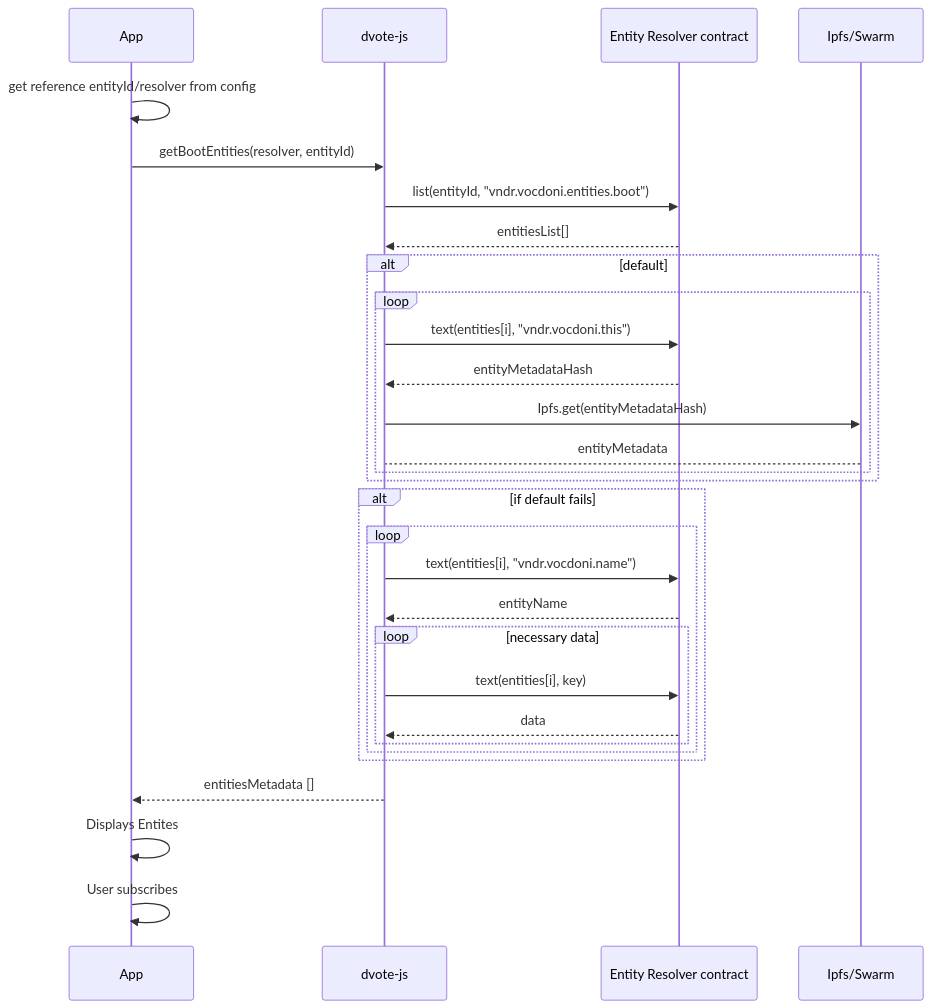
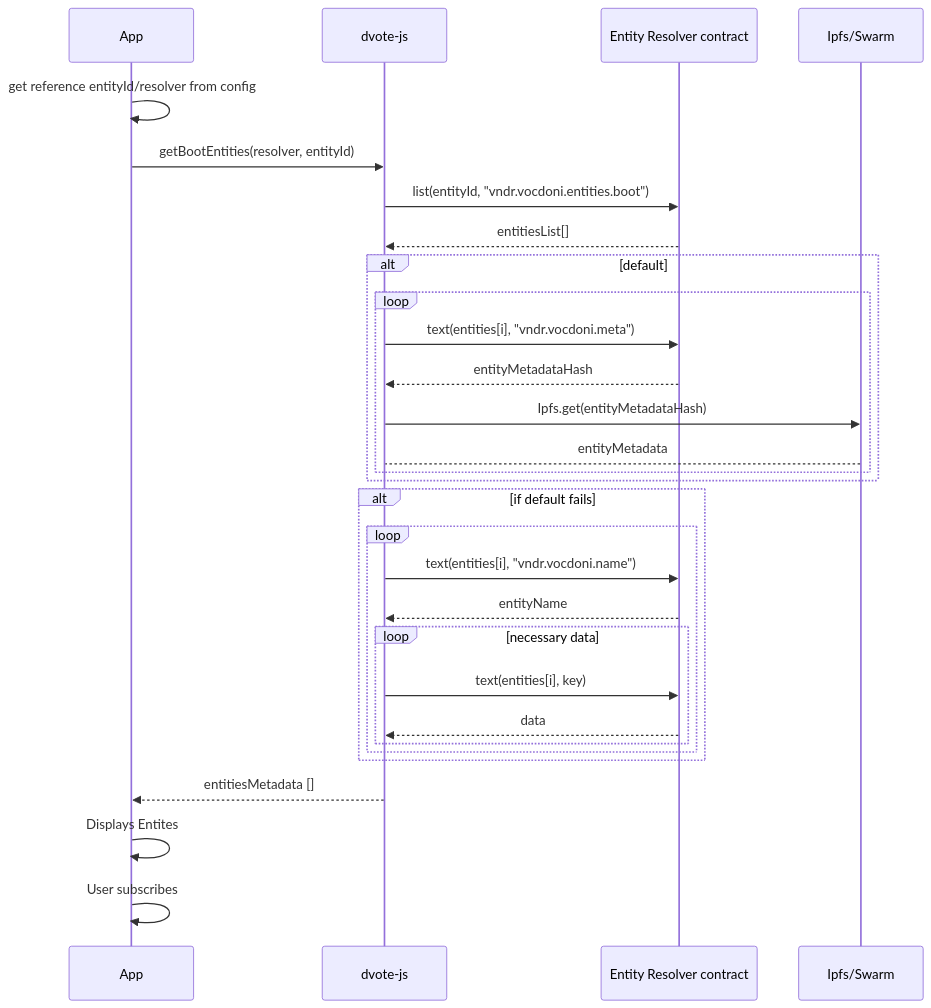
Before and after one commit to vocdoni/docs: the second of 13 diagrams in docs/protocol/sequence-diagrams.md, drawn with Mermaid. The commit also changed other lines of this file and 1 other file, not shown here.

````diff
--- a/docs/protocol/sequence-diagrams.md
+++ b/docs/protocol/sequence-diagrams.md
@@ -108,38 +99,38 @@
 ```mermaid
 
 sequenceDiagram
     participant App
     participant DV as dvote-js
     participant ER as Entity Resolver contract
     participant IPFS as Ipfs/Swarm
 
     App->>App: get reference entityId/resolver from config
     App->>DV: getBootEntities(resolver, entityId)
     DV->>ER: list(entityId, "vndr.vocdoni.entities.boot")
     ER-->>DV: entitiesList[]
 
     alt default
         loop
-            DV->>ER: text(entities[i], "vndr.vocdoni.this")
+            DV->>ER: text(entities[i], "vndr.vocdoni.meta")
             ER-->>DV: entityMetadataHash
             DV->>IPFS: Ipfs.get(entityMetadataHash)
             IPFS-->DV: entityMetadata
         end
     end
 
     alt if default fails
         loop
             DV->>ER: text(entities[i], "vndr.vocdoni.name")
             ER-->>DV: entityName
 
             loop necessary data
                 DV->>ER: text(entities[i], key)
                 ER-->>DV: data
             end
         end
     end
 
     DV-->>App:  entitiesMetadata []
     App->>App: Displays Entites
     App->>App: User subscribes
 ```
````
